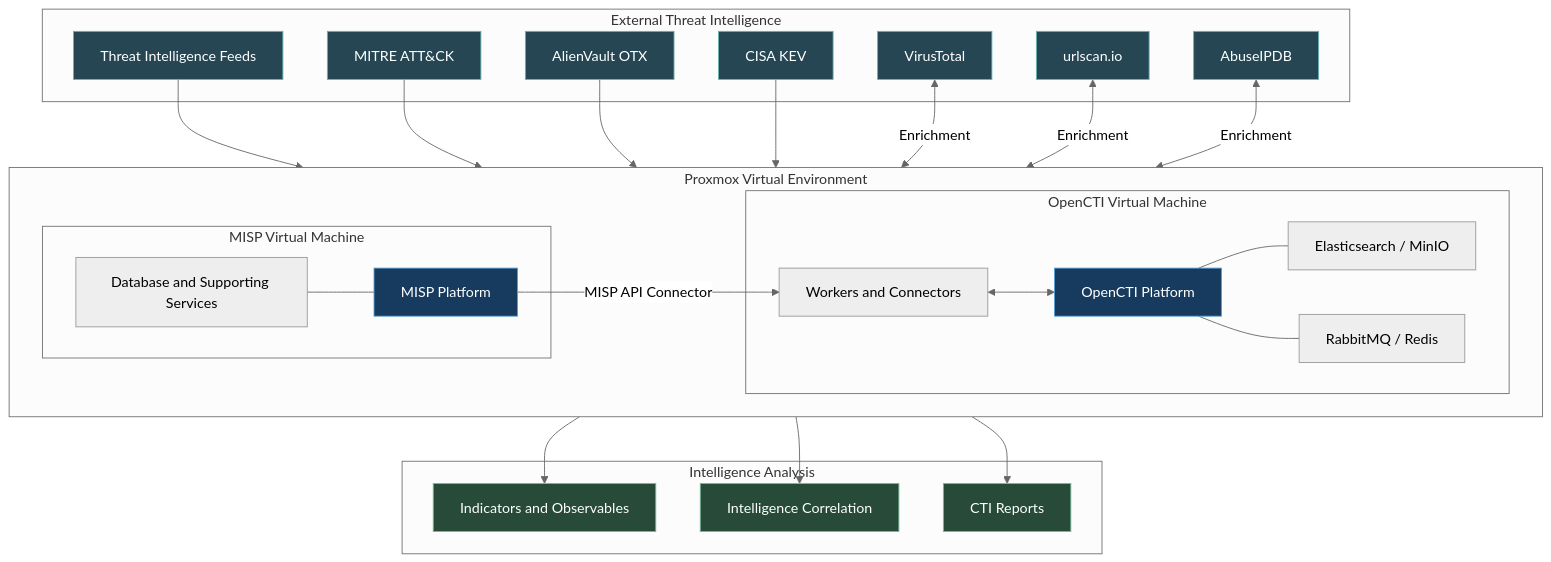
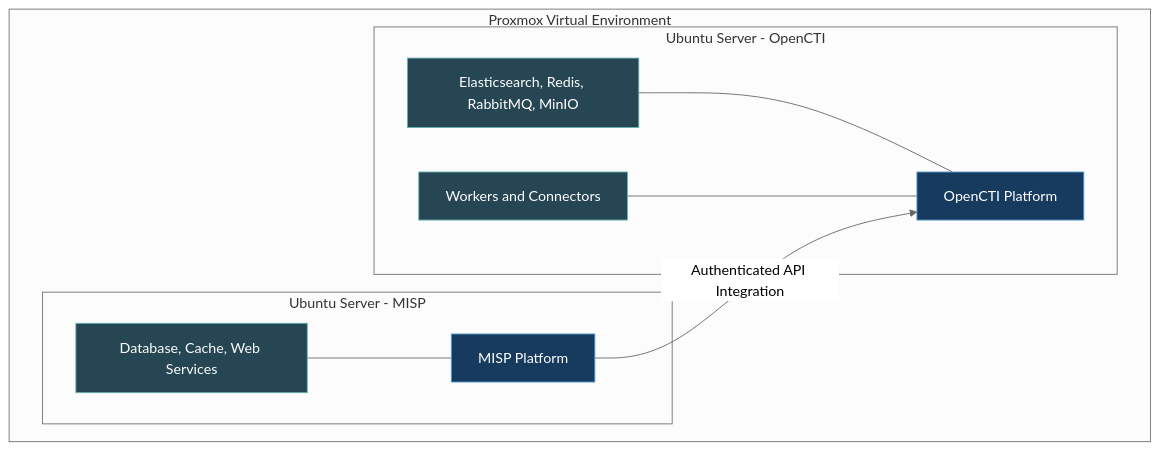
The first of 2 diagrams in architecture/README.md (niccosabella/opencti-misp-threat-intelligence-lab), drawn with Mermaid (neutral theme) before and after one commit. The commit also changed other lines of this file, not shown here.

````diff
--- a/architecture/README.md
+++ b/architecture/README.md
@@ -7,59 +13,28 @@
 ```mermaid
 flowchart TB
-    subgraph EXT["External Threat Intelligence"]
-        FEEDS["Threat Intelligence Feeds"]
-        MITRE["MITRE ATT&CK"]
-        OTX["AlienVault OTX"]
-        CISA["CISA KEV"]
-        VT["VirusTotal"]
-        URL["urlscan.io"]
-        ABUSE["AbuseIPDB"]
-    end
+    subgraph HOST["Proxmox Virtual Environment"]
+        direction LR
 
-    subgraph PROXMOX["Proxmox Virtual Environment"]
-        direction LR
-        subgraph MISP_VM["MISP Virtual Machine"]
+        subgraph MISPVM["Ubuntu Server - MISP"]
             MISP["MISP Platform"]
-            MISP_DB["Database and Supporting Services"]
+            MISPSVC["Database, Cache, Web Services"]
+            MISPSVC --- MISP
         end
-        subgraph OPENCTI_VM["OpenCTI Virtual Machine"]
+
+        subgraph CTIVM["Ubuntu Server - OpenCTI"]
             OPENCTI["OpenCTI Platform"]
-            STORAGE["Elasticsearch / MinIO"]
-            QUEUE["RabbitMQ / Redis"]
+            SUPPORT["Elasticsearch, Redis, RabbitMQ, MinIO"]
             WORKERS["Workers and Connectors"]
+            SUPPORT --- OPENCTI
+            WORKERS --- OPENCTI
         end
     end
 
-    subgraph OUTPUT["Intelligence Analysis"]
-        IOC["Indicators and Observables"]
-        CORR["Intelligence Correlation"]
-        REPORT["CTI Reports"]
-    end
-
-    FEEDS --> MISP
-    MISP_DB --- MISP
-    MISP -->|"MISP API Connector"| WORKERS
-
-    MITRE --> WORKERS
-    OTX --> WORKERS
-    CISA --> WORKERS
-    VT <-->|"Enrichment"| WORKERS
-    URL <-->|"Enrichment"| WORKERS
-    ABUSE <-->|"Enrichment"| WORKERS
-
-    WORKERS <--> OPENCTI
-    OPENCTI --- STORAGE
-    OPENCTI --- QUEUE
-
-    OPENCTI --> IOC
-    OPENCTI --> CORR
-    OPENCTI --> REPORT
+    MISP -->|"Authenticated API Integration"| OPENCTI
 
     classDef platform fill:#173b5e,stroke:#57a0d3,color:#ffffff
-    classDef source fill:#264653,stroke:#69b3b0,color:#ffffff
-    classDef output fill:#274a39,stroke:#78b99a,color:#ffffff
+    classDef service fill:#264653,stroke:#69b3b0,color:#ffffff
 
     class MISP,OPENCTI platform
-    class FEEDS,MITRE,OTX,CISA,VT,URL,ABUSE source
-    class IOC,CORR,REPORT output
+    class MISPSVC,SUPPORT,WORKERS service
 ```
````
